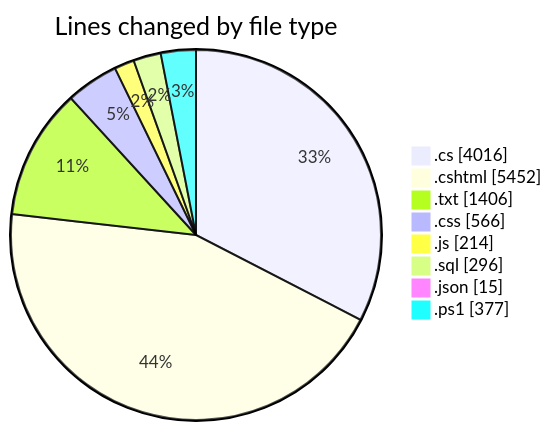
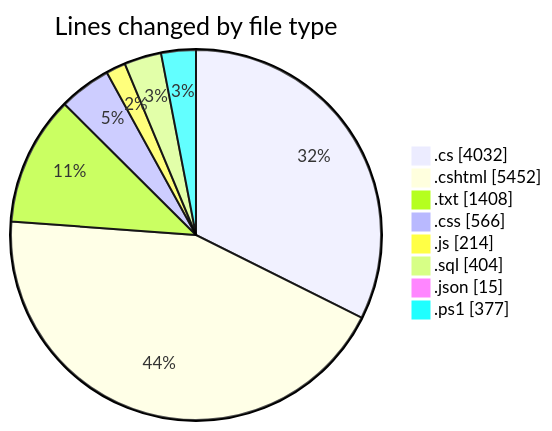
Before and after one commit to lephambinh05/code-tracking: the first of 2 diagrams in 2025-07-28/quanlyrapchieuphim-1/README.md, drawn with Mermaid. The commit also changed other lines of this file and 1 other file, not shown here.

````diff
--- a/2025-07-28/quanlyrapchieuphim-1/README.md
+++ b/2025-07-28/quanlyrapchieuphim-1/README.md
@@ -56,12 +57,12 @@
 ```mermaid
 pie showData
 title Lines changed by file type
-".cs" : 4016
+".cs" : 4032
 ".cshtml" : 5452
-".txt" : 1406
+".txt" : 1408
 ".css" : 566
 ".js" : 214
-".sql" : 296
+".sql" : 404
 ".json" : 15
 ".ps1" : 377
 ```
````
